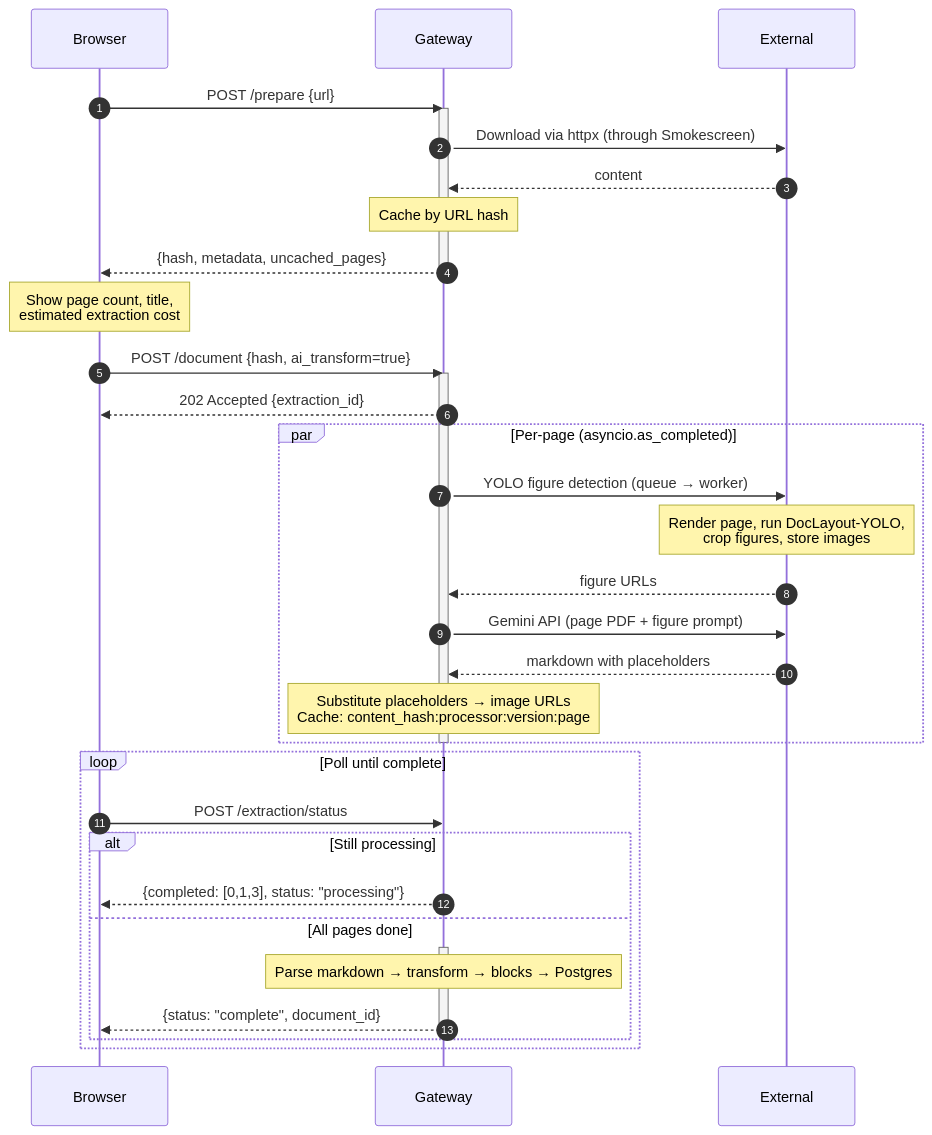
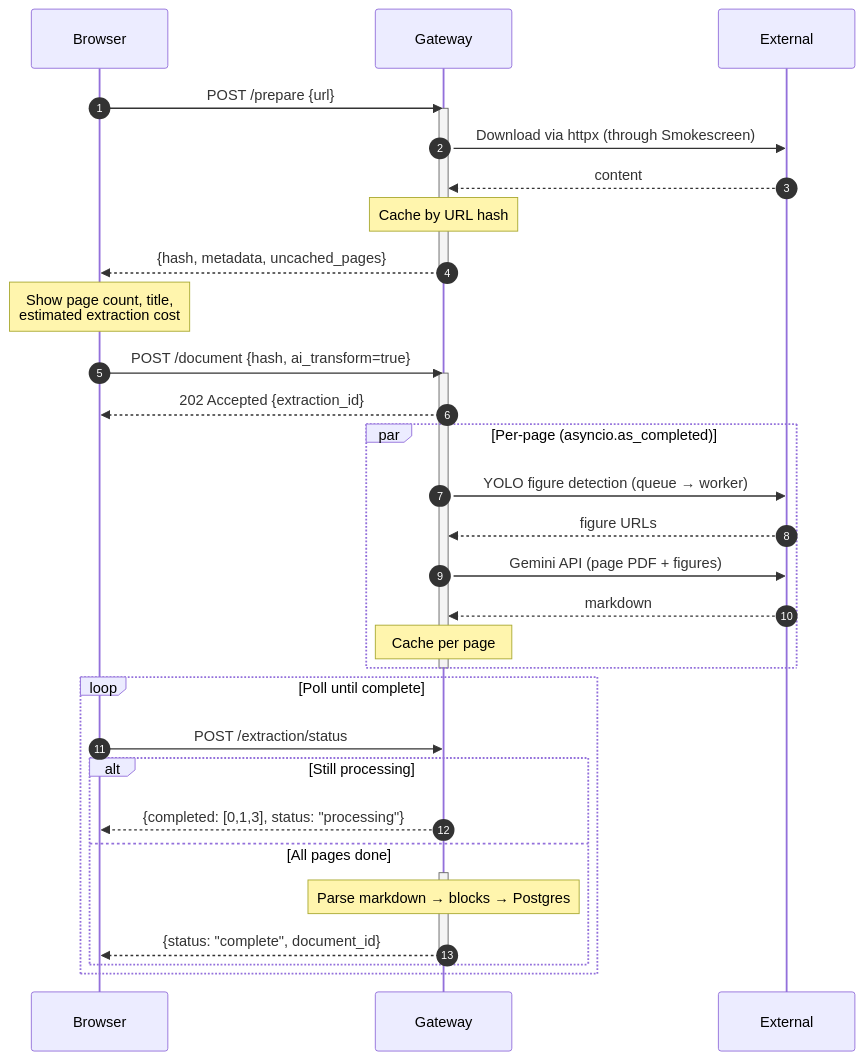
The fourth of 7 diagrams in docs/architecture.md (yapit-tts/yapit), drawn with Mermaid before and after one commit. The commit also changed other lines of this file and 2 other files, not shown here.

First line of the commit message:
docs: rewrite architecture.md — trim implementation detail, update diagrams

````diff
--- a/docs/architecture.md
+++ b/docs/architecture.md
@@ -117,44 +116,43 @@
 ```mermaid
 sequenceDiagram
     autonumber
 
     participant Browser
     participant Gateway
     participant External
 
     Browser->>Gateway: POST /prepare {url}
     activate Gateway
     Gateway->>External: Download via httpx (through Smokescreen)
     External-->>Gateway: content
     Note over Gateway: Cache by URL hash
     Gateway-->>Browser: {hash, metadata, uncached_pages}
     deactivate Gateway
 
     Note over Browser: Show page count, title,<br/>estimated extraction cost
 
     Browser->>Gateway: POST /document {hash, ai_transform=true}
     activate Gateway
     Gateway-->>Browser: 202 Accepted {extraction_id}
 
     par Per-page (asyncio.as_completed)
         Gateway->>External: YOLO figure detection (queue → worker)
-        Note over External: Render page, run DocLayout-YOLO,<br/>crop figures, store images
         External-->>Gateway: figure URLs
-        Gateway->>External: Gemini API (page PDF + figure prompt)
-        External-->>Gateway: markdown with placeholders
-        Note over Gateway: Substitute placeholders → image URLs<br/>Cache: content_hash:processor:version:page
+        Gateway->>External: Gemini API (page PDF + figures)
+        External-->>Gateway: markdown
+        Note over Gateway: Cache per page
     end
     deactivate Gateway
 
     loop Poll until complete
         Browser->>Gateway: POST /extraction/status
         alt Still processing
             Gateway-->>Browser: {completed: [0,1,3], status: "processing"}
         else All pages done
             activate Gateway
-            Note over Gateway: Parse markdown → transform → blocks → Postgres
+            Note over Gateway: Parse markdown → blocks → Postgres
             Gateway-->>Browser: {status: "complete", document_id}
             deactivate Gateway
         end
     end
 ```
````
